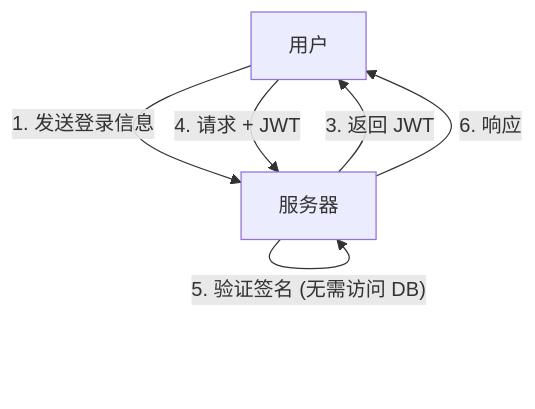
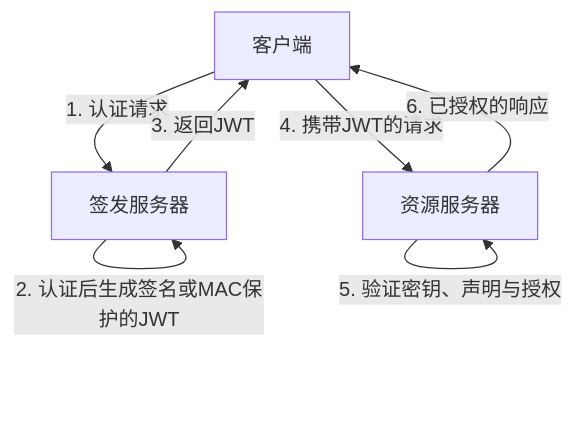
The second of 3 diagrams in content/post/jwt-json-web-token-security-risks/index.zh-cn.md (kenjinote/blog), drawn with Mermaid before and after one commit. The commit also changed other lines of this file and 5 other files, not shown here.

Commit message:
Proofread both Chinese JWT articles and inspect translated security diagrams

````diff
--- a/content/post/jwt-json-web-token-security-risks/index.zh-cn.md
+++ b/content/post/jwt-json-web-token-security-risks/index.zh-cn.md
@@ -47,9 +42,9 @@
 ```mermaid
 graph TD
-    A["用户"] -- "1. 发送登录信息" --> B["服务器"]
-    B -- "2. 验证并生成 JWT (签名)" --> B
-    B -- "3. 返回 JWT" --> A
-    A -- "4. 请求 + JWT" --> B
-    B -- "5. 验证签名 (无需访问 DB)" --> B
-    B -- "6. 响应" --> A
+    A["客户端"] -- "1. 认证请求" --> B["签发服务器"]
+    B -- "2. 认证后生成签名或MAC保护的JWT" --> B
+    B -- "3. 返回JWT" --> A
+    A -- "4. 携带JWT的请求" --> C["资源服务器"]
+    C -- "5. 验证密钥、声明与授权" --> C
+    C -- "6. 已授权的响应" --> A
 ```
````
